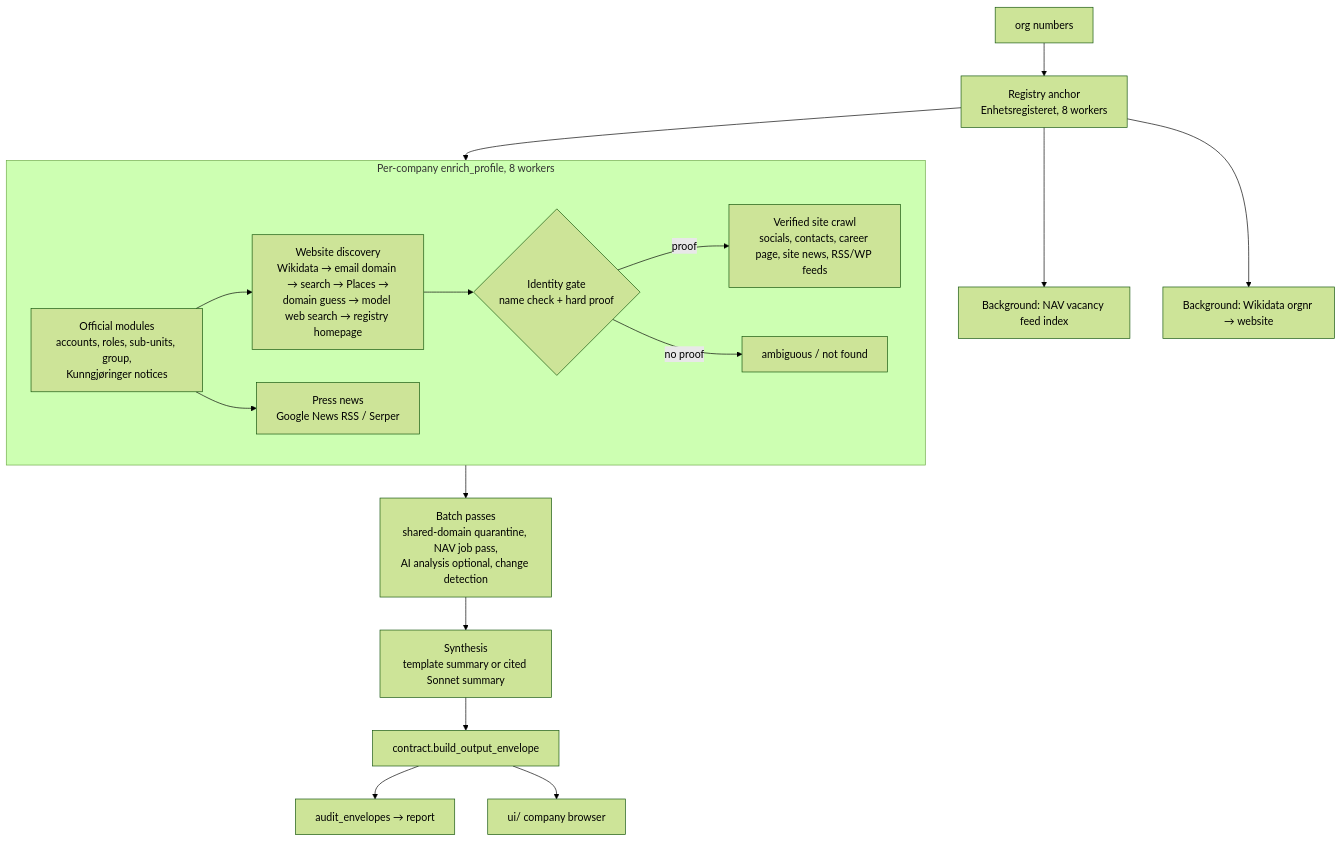
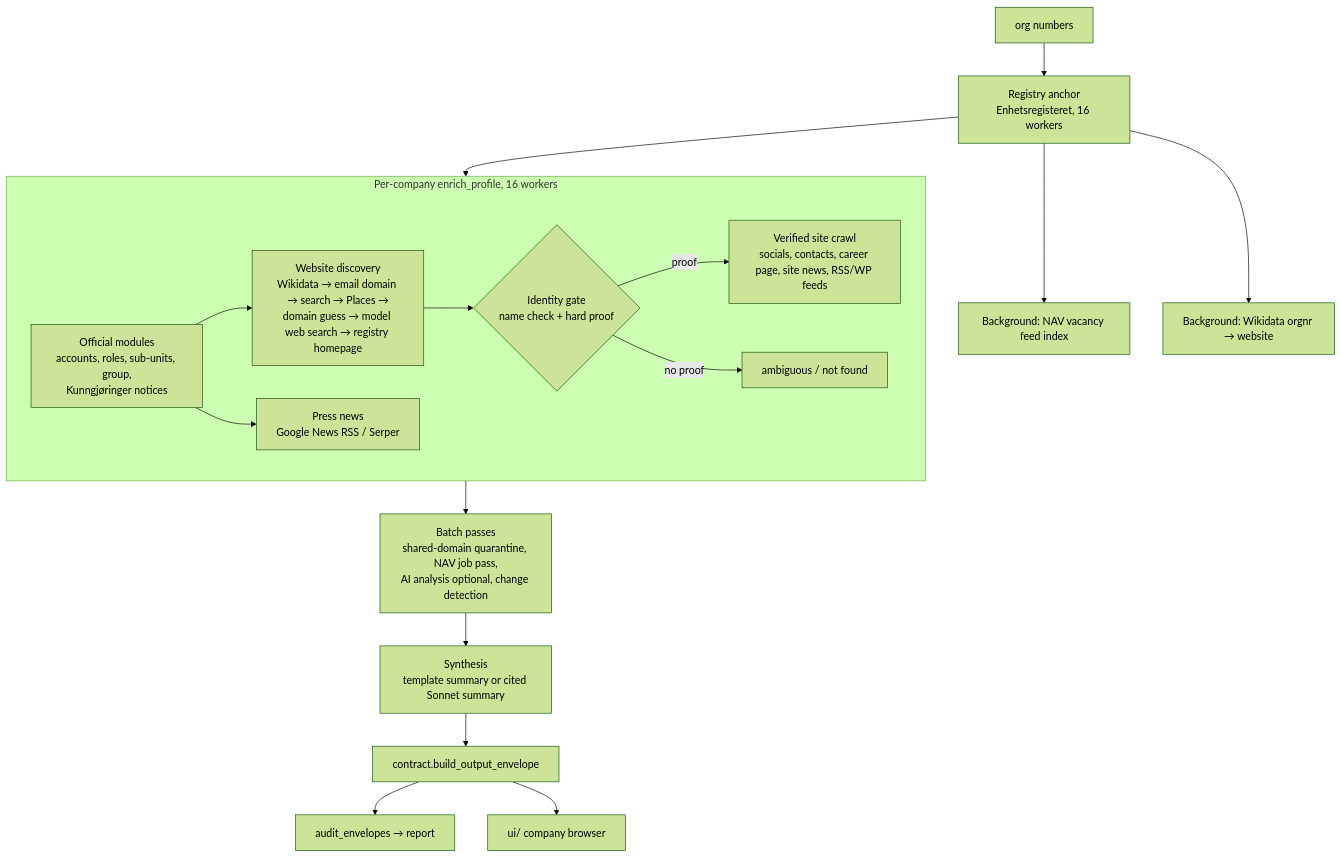
One commit to Dev-angPatil/signalpost changed the diagram in docs/architecture-and-scoring.md. Above: the diagram before and after it, drawn with Mermaid (forest theme). The commit also changed other lines of this file and 21 other files, not shown here.

First line of the commit message:
fix(crawl,synthesis,docs): robots.txt-less sites crawl beyond page one; CAGR uses calendar years and skips short first periods; cost cap clamped to $10; architecture docs and submission notes match the code

````diff
--- a/docs/architecture-and-scoring.md
+++ b/docs/architecture-and-scoring.md
@@ -14,25 +14,25 @@
 ```mermaid
 flowchart TD
-    IN[org numbers] --> ANCHOR[Registry anchor<br/>Enhetsregisteret, 8 workers]
+    IN[org numbers] --> ANCHOR[Registry anchor<br/>Enhetsregisteret, 16 workers]
     ANCHOR --> BG1[Background: NAV vacancy feed index]
     ANCHOR --> BG2[Background: Wikidata orgnr → website]
     ANCHOR --> ENRICH
 
-    subgraph ENRICH[Per-company enrich_profile, 8 workers]
+    subgraph ENRICH[Per-company enrich_profile, 16 workers]
         OFF[Official modules<br/>accounts, roles, sub-units, group,<br/>Kunngjøringer notices]
         DISC[Website discovery<br/>Wikidata → email domain → search → Places →<br/>domain guess → model web search → registry homepage]
         GATE{Identity gate<br/>name check + hard proof}
         SITE[Verified site crawl<br/>socials, contacts, career page, site news, RSS/WP feeds]
         PRESS[Press news<br/>Google News RSS / Serper]
         OFF --> DISC --> GATE
         GATE -- proof --> SITE
         GATE -- no proof --> Q[ambiguous / not found]
         OFF --> PRESS
     end
 
     ENRICH --> BATCH[Batch passes<br/>shared-domain quarantine, NAV job pass,<br/>AI analysis optional, change detection]
     BATCH --> SYN[Synthesis<br/>template summary or cited Sonnet summary]
     SYN --> ENV[contract.build_output_envelope]
     ENV --> AUDIT[audit_envelopes → report]
     ENV --> UI[ui/ company browser]
 ```
````
